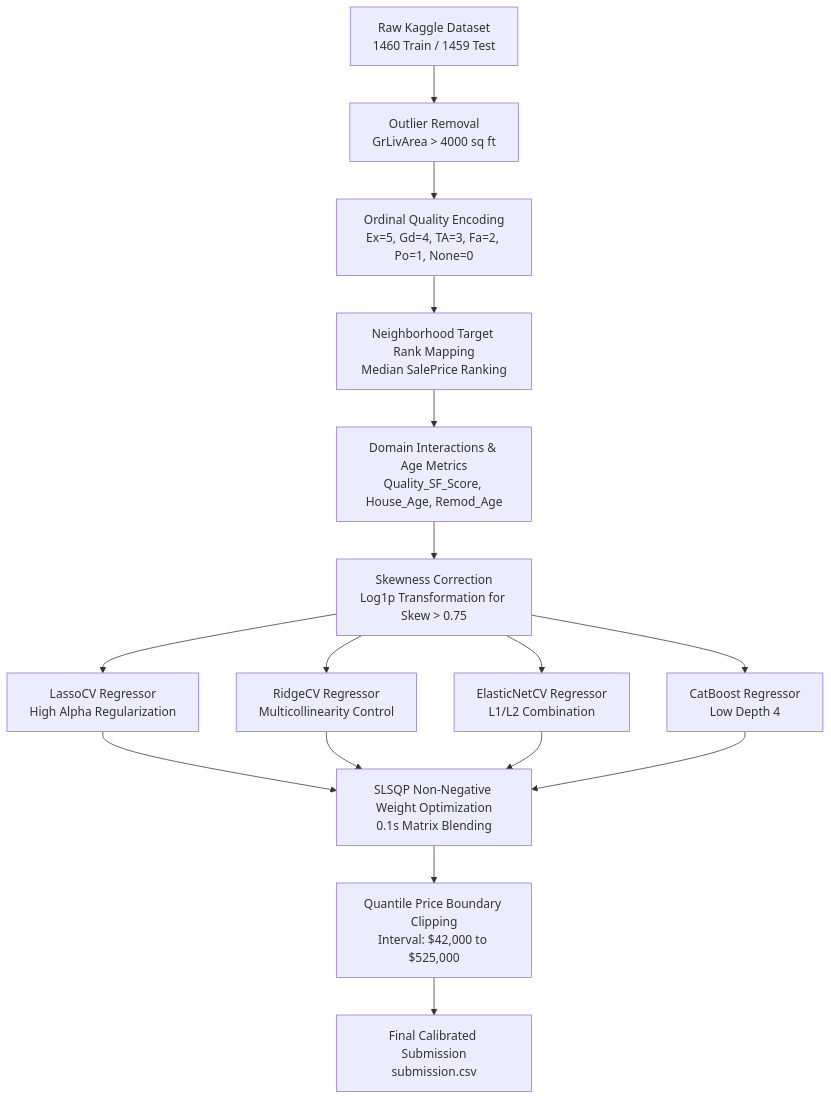
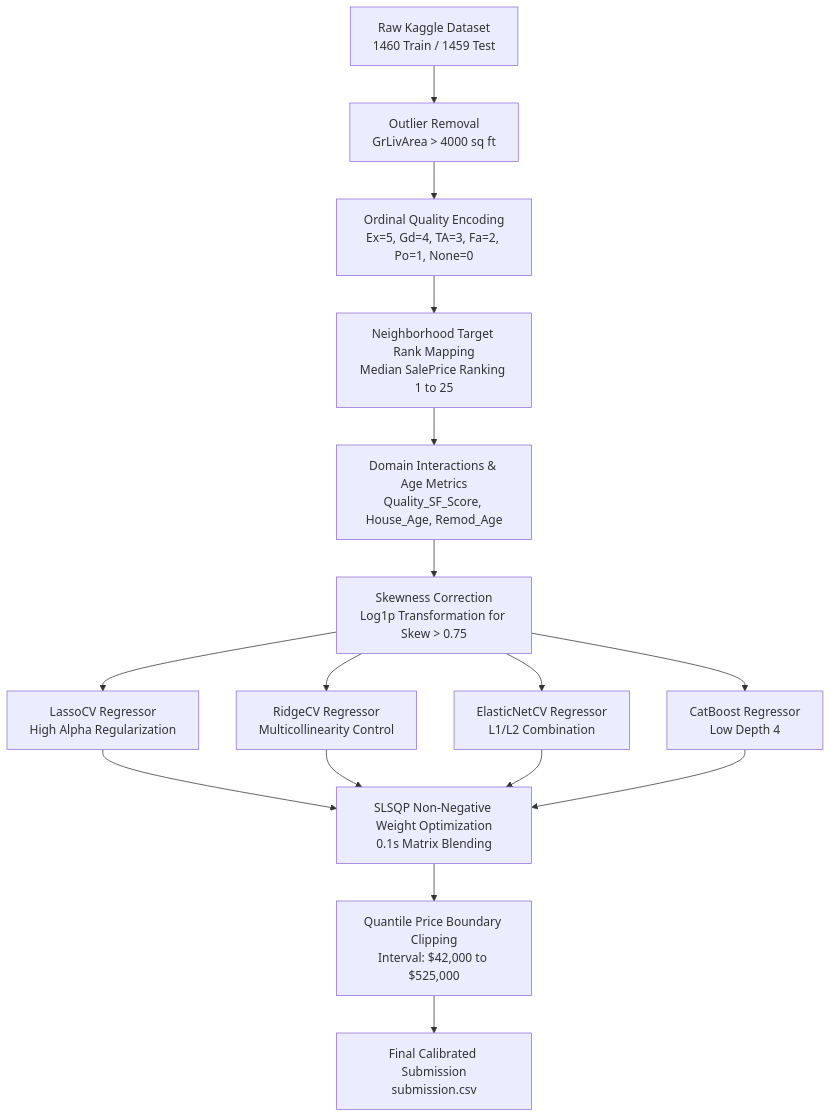
One commit to AliAziziDH/house changed the diagram in README.md. Above: the diagram before and after it, drawn with Mermaid. The commit also changed other lines of this file and 1 other file, not shown here.

Commit message:
docs: add architecture banner image and comprehensive engineering post-mortem README

````diff
--- a/README.md
+++ b/README.md
@@ -29,17 +59,17 @@
 ```mermaid
 flowchart TD
     A[Raw Kaggle Dataset\n1460 Train / 1459 Test] --> B[Outlier Removal\nGrLivArea > 4000 sq ft]
     B --> C[Ordinal Quality Encoding\nEx=5, Gd=4, TA=3, Fa=2, Po=1, None=0]
-    C --> D[Neighborhood Target Rank Mapping\nMedian SalePrice Ranking]
+    C --> D[Neighborhood Target Rank Mapping\nMedian SalePrice Ranking 1 to 25]
     D --> E[Domain Interactions & Age Metrics\nQuality_SF_Score, House_Age, Remod_Age]
     E --> F[Skewness Correction\nLog1p Transformation for Skew > 0.75]
     
     F --> G1[LassoCV Regressor\nHigh Alpha Regularization]
     F --> G2[RidgeCV Regressor\nMulticollinearity Control]
     F --> G3[ElasticNetCV Regressor\nL1/L2 Combination]
     F --> G4[CatBoost Regressor\nLow Depth 4]
     
     G1 & G2 & G3 & G4 --> H[SLSQP Non-Negative Weight Optimization\n0.1s Matrix Blending]
     H --> I[Quantile Price Boundary Clipping\nInterval: $42,000 to $525,000]
     I --> J[Final Calibrated Submission\nsubmission.csv]
 ```
````
